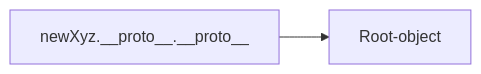
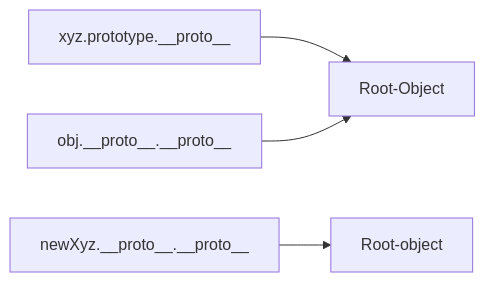
One commit to neerajrathore/javascript-handbook changed the diagram in prototype/class-prototype/README.md. Above: the diagram before and after it, drawn with Mermaid. The commit also changed other lines of this file and 6 other files, not shown here.

````diff
--- a/prototype/class-prototype/README.md
+++ b/prototype/class-prototype/README.md
@@ -22,4 +40,6 @@
   ```mermaid
   flowchart LR;
+    xyz.prototype.__proto__ --> Root-Object
+    obj.__proto__.__proto__ --> Root-Object
     newXyz.__proto__.__proto__ --> Root-object
   ```
````
